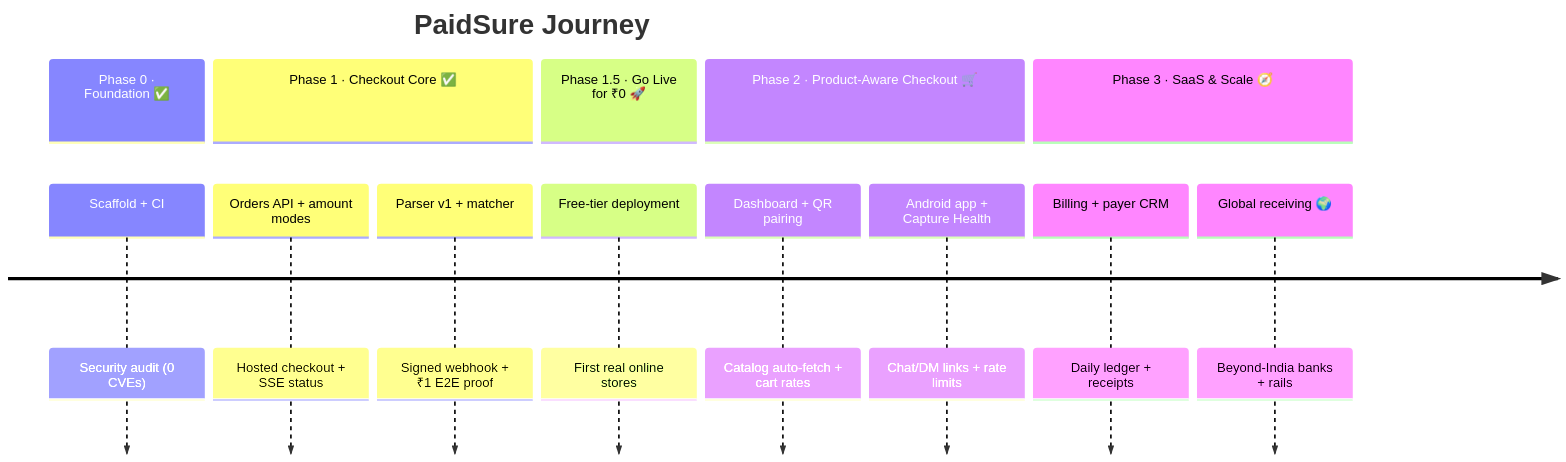
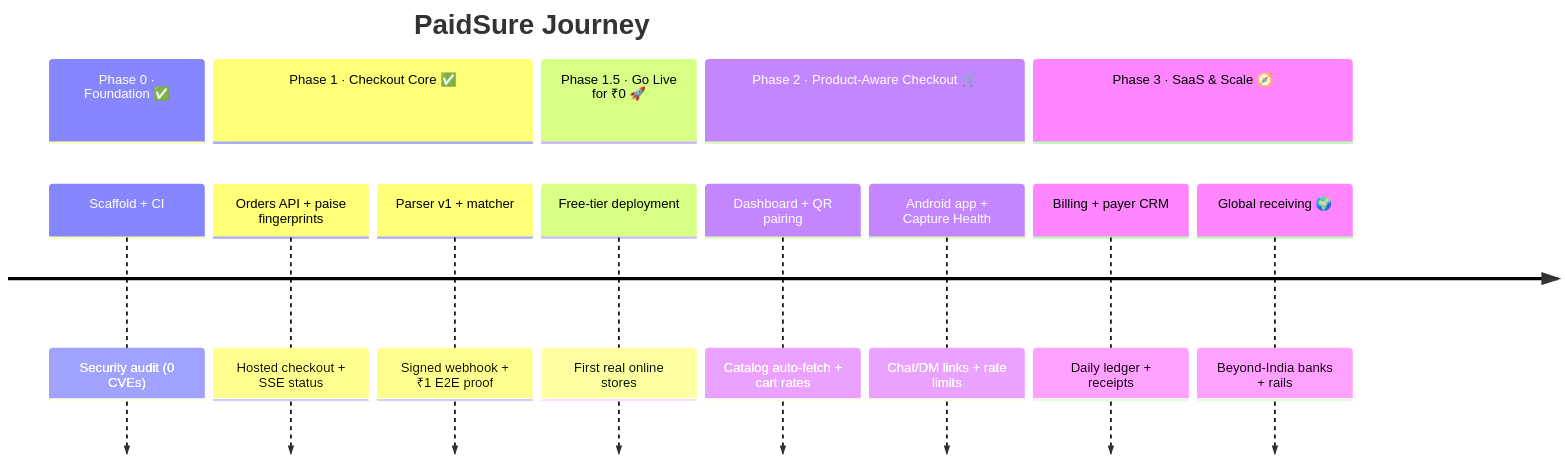
Before and after one commit to aravind220806/Paid_Sure: the second of 2 diagrams in README.md, drawn with Mermaid. The commit also changed other lines of this file and 1 other file, not shown here.

````diff
--- a/README.md
+++ b/README.md
@@ -410,17 +453,17 @@
 ```mermaid
 timeline
     title PaidSure Journey
     section Phase 0 · Foundation ✅
         Scaffold + CI                : Security audit (0 CVEs)
     section Phase 1 · Checkout Core ✅
-        Orders API + amount modes    : Hosted checkout + SSE status
+        Orders API + paise fingerprints : Hosted checkout + SSE status
         Parser v1 + matcher          : Signed webhook + ₹1 E2E proof
     section Phase 1.5 · Go Live for ₹0 🚀
         Free-tier deployment         : First real online stores
     section Phase 2 · Product-Aware Checkout 🛒
         Dashboard + QR pairing       : Catalog auto-fetch + cart rates
         Android app + Capture Health : Chat/DM links + rate limits
     section Phase 3 · SaaS & Scale 🧭
         Billing + payer CRM          : Daily ledger + receipts
         Global receiving 🌍          : Beyond-India banks + rails
 ```
````
